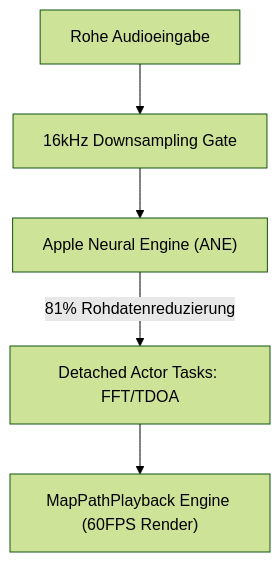
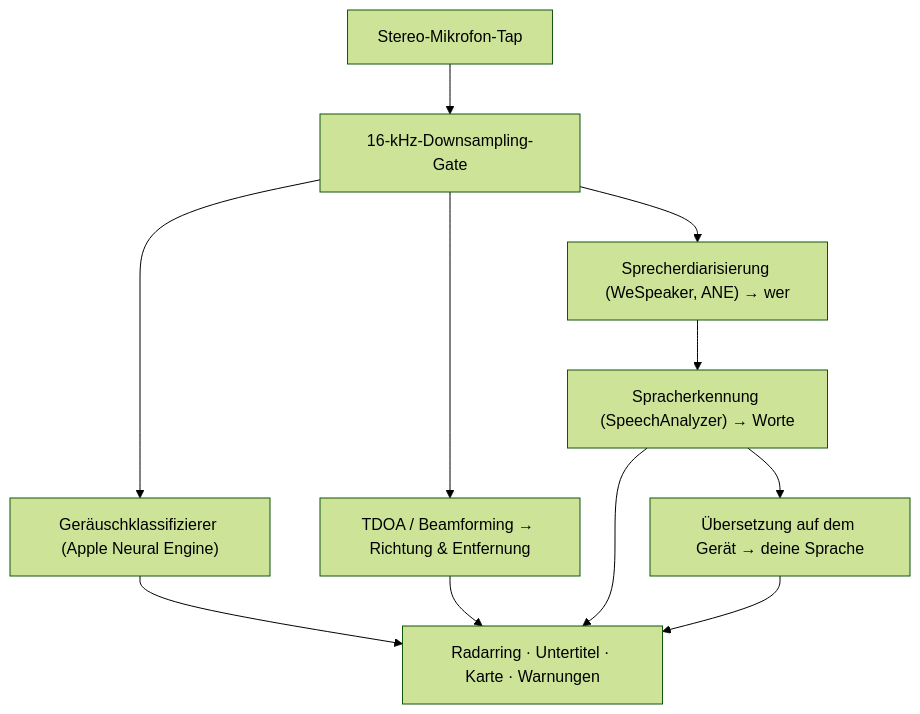
Before and after one commit to rpalm01-star/VigilantEarLegal: the diagram in README_de.md, drawn with Mermaid (forest theme). The commit also changed other lines of this file and 6 other files, not shown here.

````diff
--- a/README_de.md
+++ b/README_de.md
@@ -39,7 +73,10 @@
 ```mermaid
 graph TD
-    A["Rohe Audioeingabe"] --> B["16kHz Downsampling Gate"]
-    B --> C["Apple Neural Engine (ANE)"]
-    C -- "81% Rohdatenreduzierung" --> D["Detached Actor Tasks: FFT/TDOA"]
-    D --> E["MapPathPlayback Engine (60FPS Render)"]
+    A["Stereo-Mikrofon-Tap"] --> B["16-kHz-Downsampling-Gate"]
+    B --> C["Geräuschklassifizierer (Apple Neural Engine)"]
+    B --> D["TDOA / Beamforming → Richtung & Entfernung"]
+    B --> E["Sprecherdiarisierung (WeSpeaker, ANE) → wer"]
+    E --> F["Spracherkennung (SpeechAnalyzer) → Worte"]
+    F --> G["Übersetzung auf dem Gerät → deine Sprache"]
+    C & D & F & G --> H["Radarring · Untertitel · Karte · Warnungen"]
 ```
````
